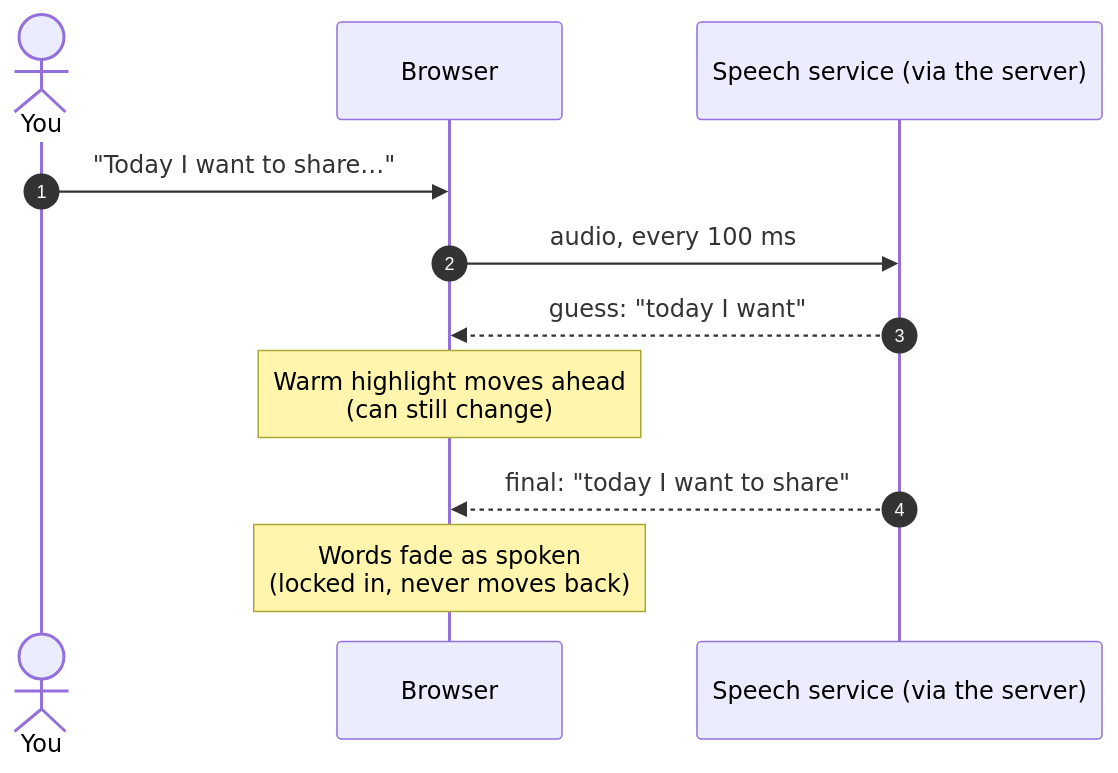
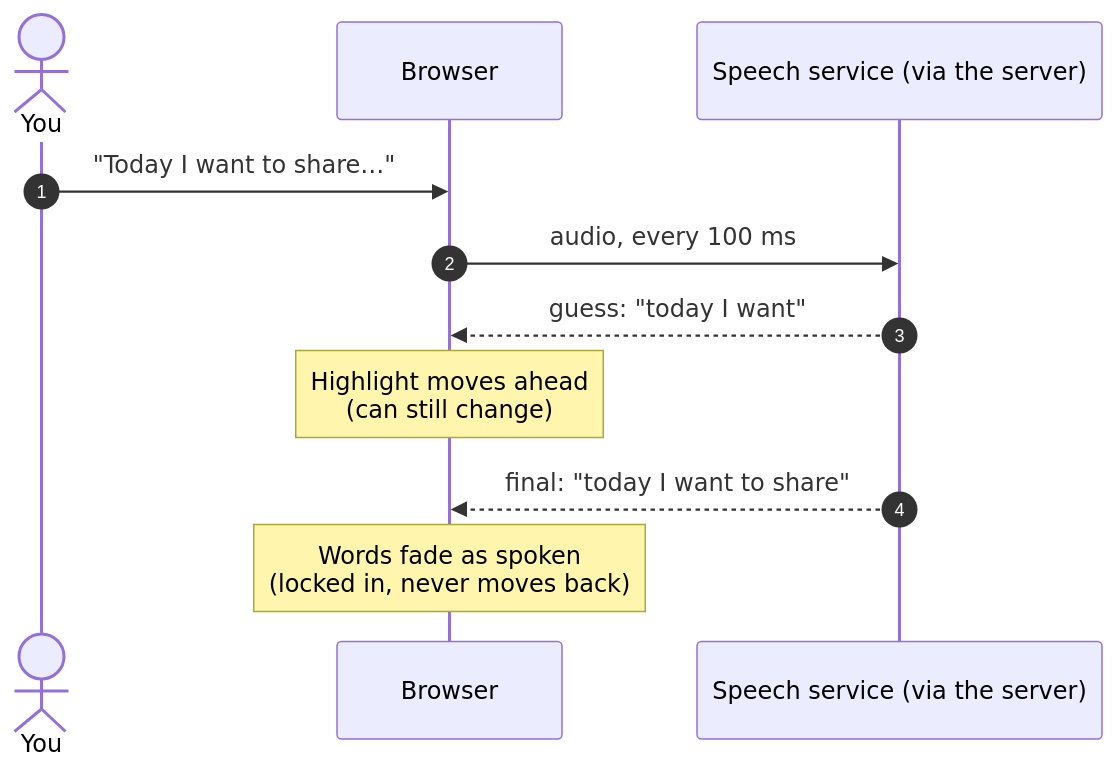
Before and after one commit to rimorin/tk_teleprompter: the third of 4 diagrams in README.md, drawn with Mermaid. The commit also changed other lines of this file and 7 other files, not shown here.

````diff
--- a/README.md
+++ b/README.md
@@ -325,14 +325,14 @@
 ```mermaid
 sequenceDiagram
     autonumber
     actor You
     participant App as Browser
     participant DG as Speech service (via the server)
 
     You->>App: "Today I want to share…"
     App->>DG: audio, every 100 ms
     DG-->>App: guess: "today I want"
-    Note over App: Warm highlight moves ahead<br/>(can still change)
+    Note over App: Highlight moves ahead<br/>(can still change)
     DG-->>App: final: "today I want to share"
     Note over App: Words fade as spoken<br/>(locked in, never moves back)
 ```
````
